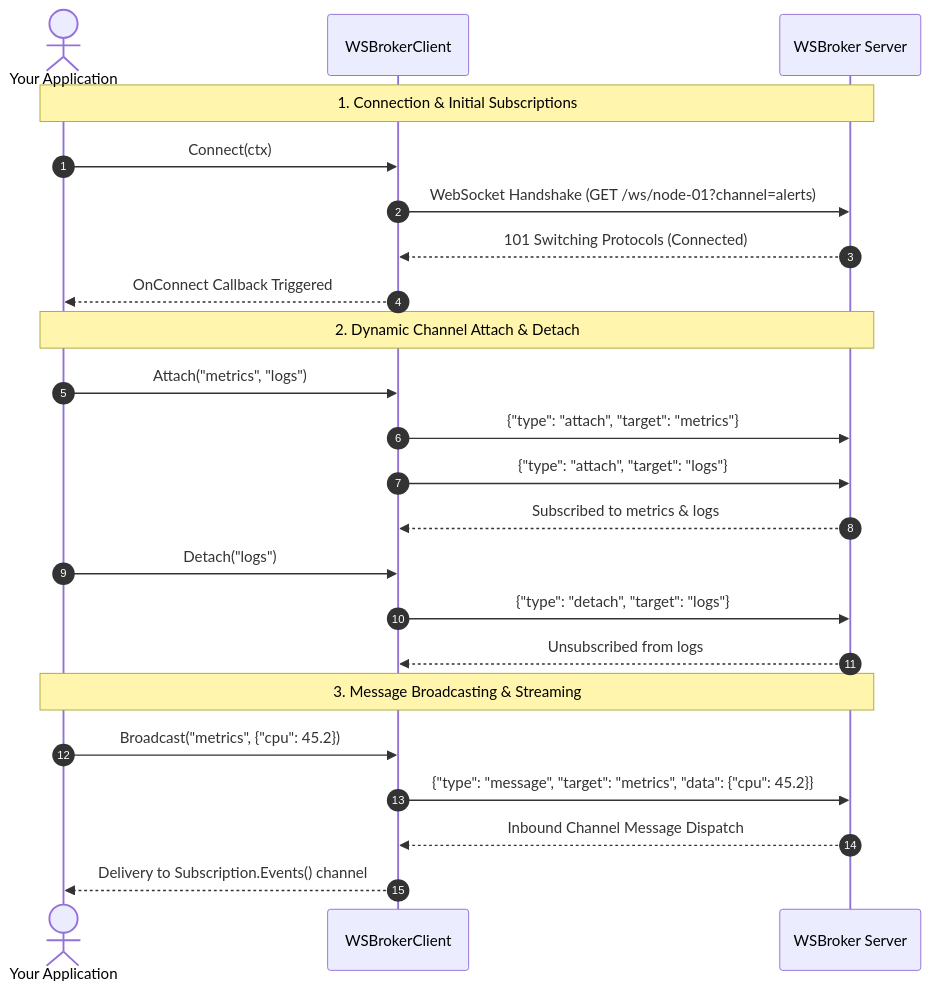
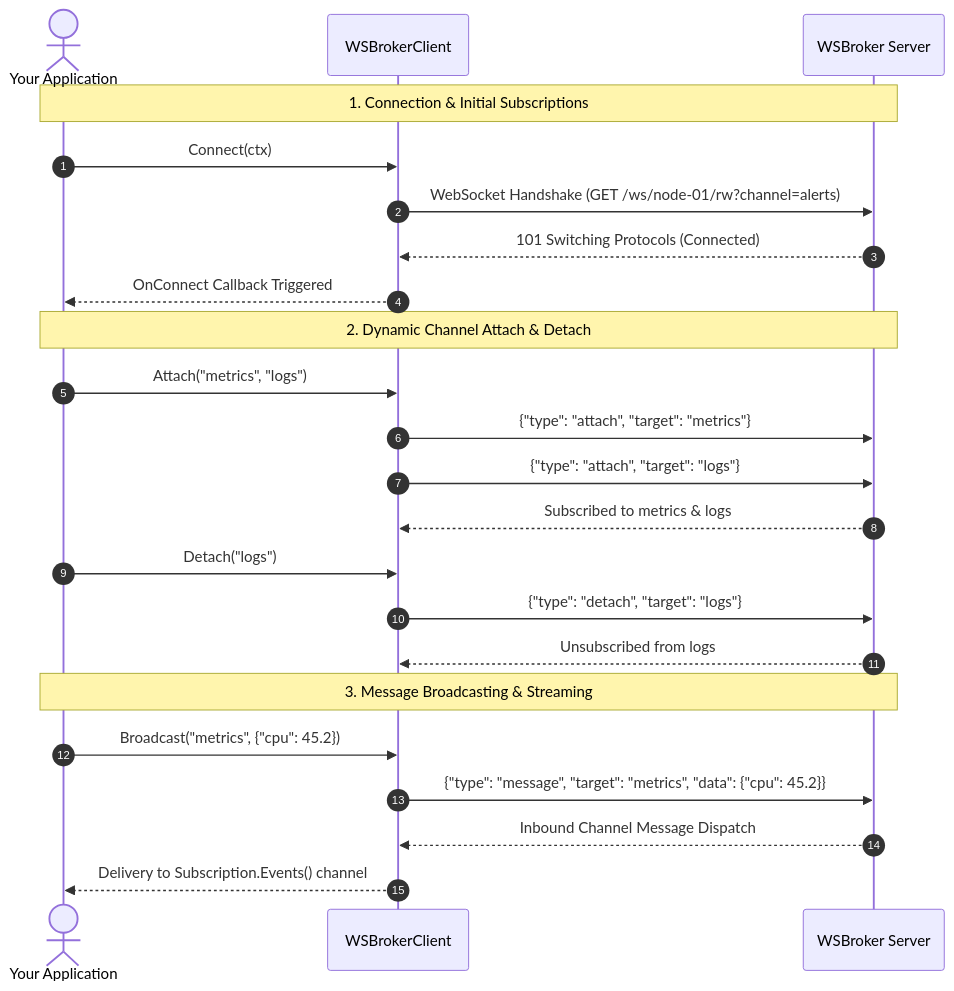
One commit to je4/wsbrokerclient changed the second of 4 diagrams in README.md. Above: the diagram before and after it, drawn with Mermaid. The commit also changed other lines of this file and 7 other files, not shown here.

````diff
--- a/README.md
+++ b/README.md
@@ -78,29 +78,29 @@
 ```mermaid
 sequenceDiagram
     autonumber
     actor App as Your Application
     participant Client as WSBrokerClient
     participant Server as WSBroker Server
 
     Note over App,Server: 1. Connection & Initial Subscriptions
     App->>Client: Connect(ctx)
-    Client->>Server: WebSocket Handshake (GET /ws/node-01?channel=alerts)
+    Client->>Server: WebSocket Handshake (GET /ws/node-01/rw?channel=alerts)
     Server-->>Client: 101 Switching Protocols (Connected)
     Client-->>App: OnConnect Callback Triggered
 
     Note over App,Server: 2. Dynamic Channel Attach & Detach
     App->>Client: Attach("metrics", "logs")
     Client->>Server: {"type": "attach", "target": "metrics"}
     Client->>Server: {"type": "attach", "target": "logs"}
     Server-->>Client: Subscribed to metrics & logs
 
     App->>Client: Detach("logs")
     Client->>Server: {"type": "detach", "target": "logs"}
     Server-->>Client: Unsubscribed from logs
 
     Note over App,Server: 3. Message Broadcasting & Streaming
     App->>Client: Broadcast("metrics", {"cpu": 45.2})
     Client->>Server: {"type": "message", "target": "metrics", "data": {"cpu": 45.2}}
     Server-->>Client: Inbound Channel Message Dispatch
     Client-->>App: Delivery to Subscription.Events() channel
 ```
````
